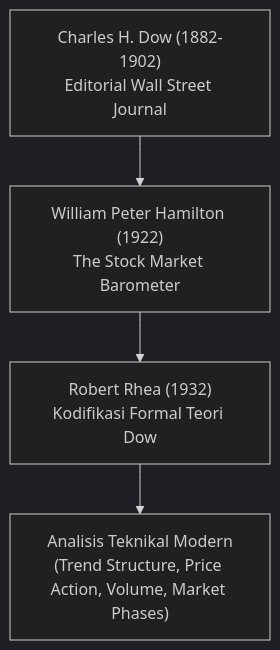
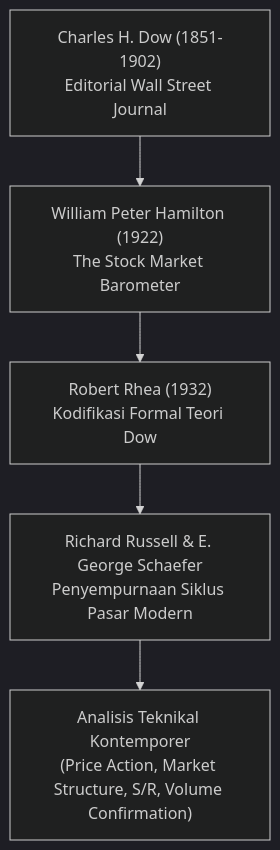
Before and after one commit to AlulCode45/Trading-Learning-Path: the first of 5 diagrams in docs/edianto-ong/17-konfrontasi-dow-theory.md, drawn with Mermaid (dark theme). The commit also changed other lines of this file and 29 other files, not shown here.

Commit message:
docs(edianto-ong): upgrade all 29 chapters with beginner analogies, diagrams, step-by-step guides, and case studies

````diff
--- a/docs/edianto-ong/17-konfrontasi-dow-theory.md
+++ b/docs/edianto-ong/17-konfrontasi-dow-theory.md
@@ -14,6 +17,7 @@
 ```mermaid
 flowchart TD
-    Dow["Charles H. Dow (1882-1902)<br/>Editorial Wall Street Journal"] --> Hamilton["William Peter Hamilton (1922)<br/>The Stock Market Barometer"]
+    Dow["Charles H. Dow (1851-1902)<br/>Editorial Wall Street Journal"] --> Hamilton["William Peter Hamilton (1922)<br/>The Stock Market Barometer"]
     Hamilton --> Rhea["Robert Rhea (1932)<br/>Kodifikasi Formal Teori Dow"]
-    Rhea --> ModernTA["Analisis Teknikal Modern<br/>(Trend Structure, Price Action, Volume, Market Phases)"]
+    Rhea --> Russell["Richard Russell & E. George Schaefer<br/>Penyempurnaan Siklus Pasar Modern"]
+    Russell --> ModernTA["Analisis Teknikal Kontemporer<br/>(Price Action, Market Structure, S/R, Volume Confirmation)"]
 ```
````
